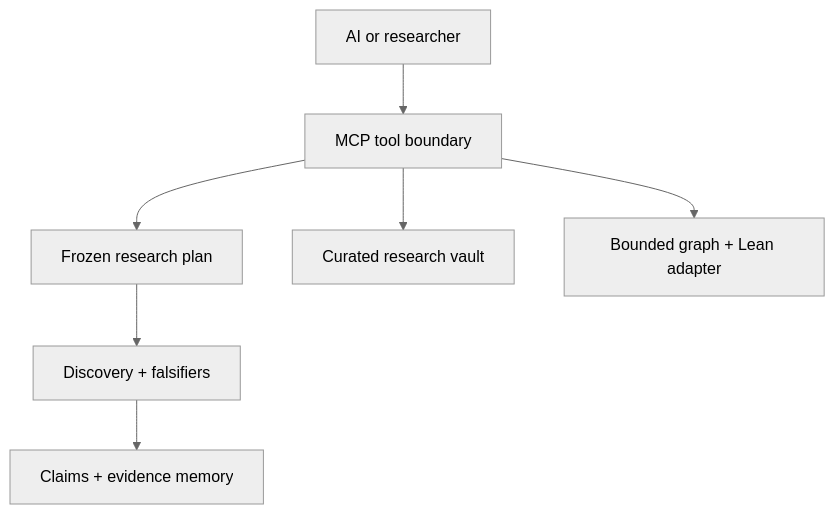
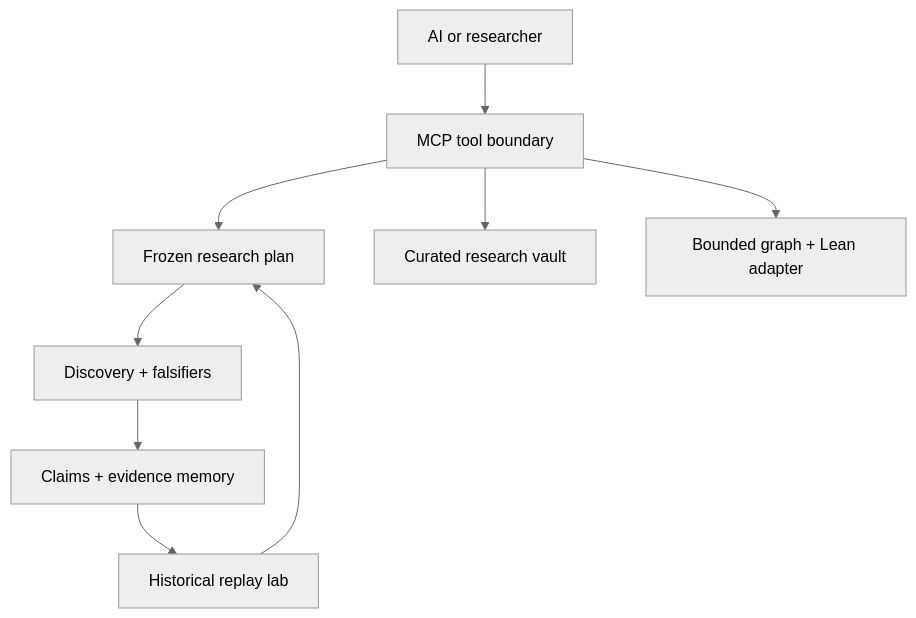
Before and after one commit to ImDerekEarnhart/orbita-agent-research-server: the diagram in README.md, drawn with Mermaid (neutral theme). The commit also changed other lines of this file and 29 other files, not shown here.

````diff
--- a/README.md
+++ b/README.md
@@ -28,9 +31,11 @@
 ```mermaid
 flowchart TD
     A["AI or researcher"] --> B["MCP tool boundary"]
     B --> C["Frozen research plan"]
     C --> D["Discovery + falsifiers"]
     D --> E["Claims + evidence memory"]
+    E --> H["Historical replay lab"]
+    H --> C
     B --> F["Curated research vault"]
     B --> G["Bounded graph + Lean adapter"]
 ```
````
